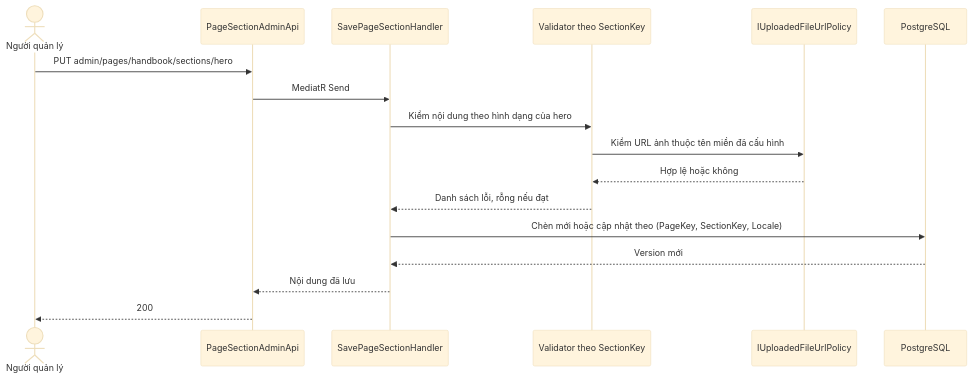
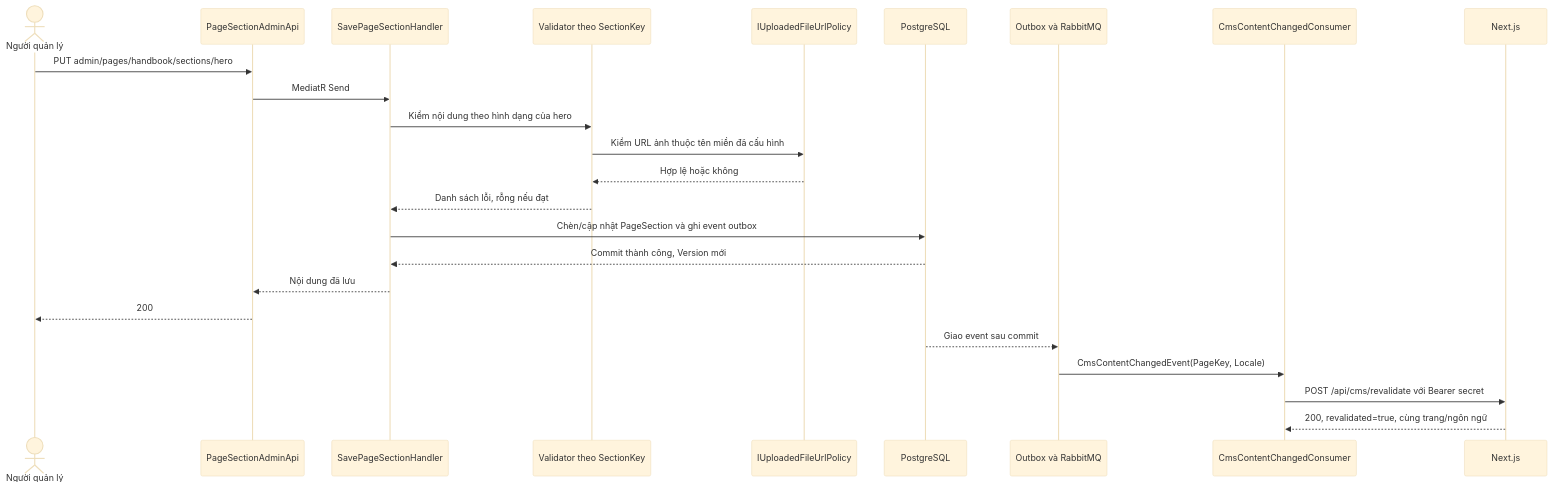
The second of 5 diagrams in tdd/TDD-HB-003.md (TaskCoper/bmt-documentation), drawn with Mermaid (base theme) before and after one commit. The commit also changed other lines of this file and 58 other files, not shown here.

Commit message:
docs: cập nhật CMS gói tư vấn, Cẩm nang và đặc tả liên quan

````diff
--- a/tdd/TDD-HB-003.md
+++ b/tdd/TDD-HB-003.md
@@ -125,19 +206,26 @@
 ```mermaid
 sequenceDiagram
     actor A as Người quản lý
     participant API as PageSectionAdminApi
     participant H as SavePageSectionHandler
     participant V as Validator theo SectionKey
     participant P as IUploadedFileUrlPolicy
     participant DB as PostgreSQL
+    participant O as Outbox và RabbitMQ
+    participant C as CmsContentChangedConsumer
+    participant N as Next.js
     A->>API: PUT admin/pages/handbook/sections/hero
     API->>H: MediatR Send
     H->>V: Kiểm nội dung theo hình dạng của hero
     V->>P: Kiểm URL ảnh thuộc tên miền đã cấu hình
     P-->>V: Hợp lệ hoặc không
     V-->>H: Danh sách lỗi, rỗng nếu đạt
-    H->>DB: Chèn mới hoặc cập nhật theo (PageKey, SectionKey, Locale)
-    DB-->>H: Version mới
+    H->>DB: Chèn/cập nhật PageSection và ghi event outbox
+    DB-->>H: Commit thành công, Version mới
     H-->>API: Nội dung đã lưu
     API-->>A: 200
+    DB-->>O: Giao event sau commit
+    O->>C: CmsContentChangedEvent(PageKey, Locale)
+    C->>N: POST /api/cms/revalidate với Bearer secret
+    N-->>C: 200, revalidated=true, cùng trang/ngôn ngữ
 ```
````
